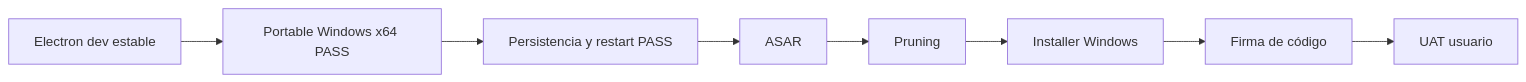
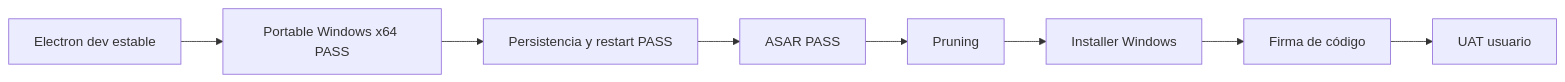
One commit to cmartinezs/personal-tax-ledger changed the third of 3 diagrams in docs/desktop-electron.md. Above: the diagram before and after it, drawn with Mermaid. The commit also changed other lines of this file, not shown here.

````diff
--- a/docs/desktop-electron.md
+++ b/docs/desktop-electron.md
@@ -138,10 +142,10 @@
 ```mermaid
 flowchart LR
     A[Electron dev estable] --> B[Portable Windows x64 PASS]
     B --> C[Persistencia y restart PASS]
-    C --> D[ASAR]
+    C --> D[ASAR PASS]
     D --> E[Pruning]
     E --> F[Installer Windows]
     F --> G[Firma de código]
     G --> H[UAT usuario]
 ```
````
